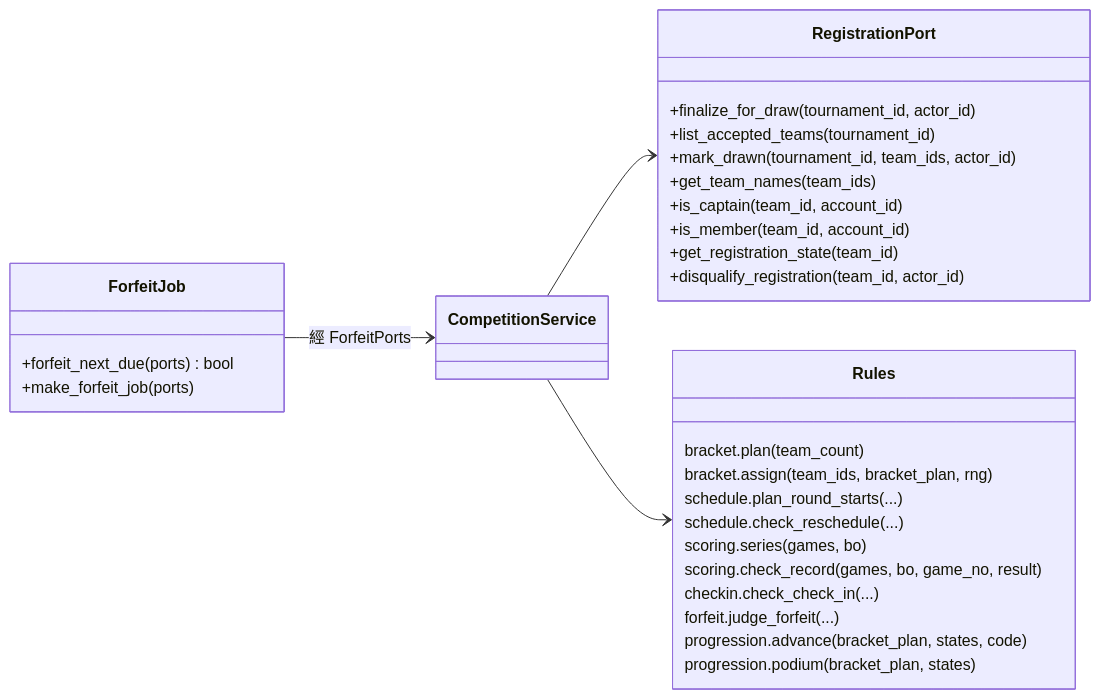
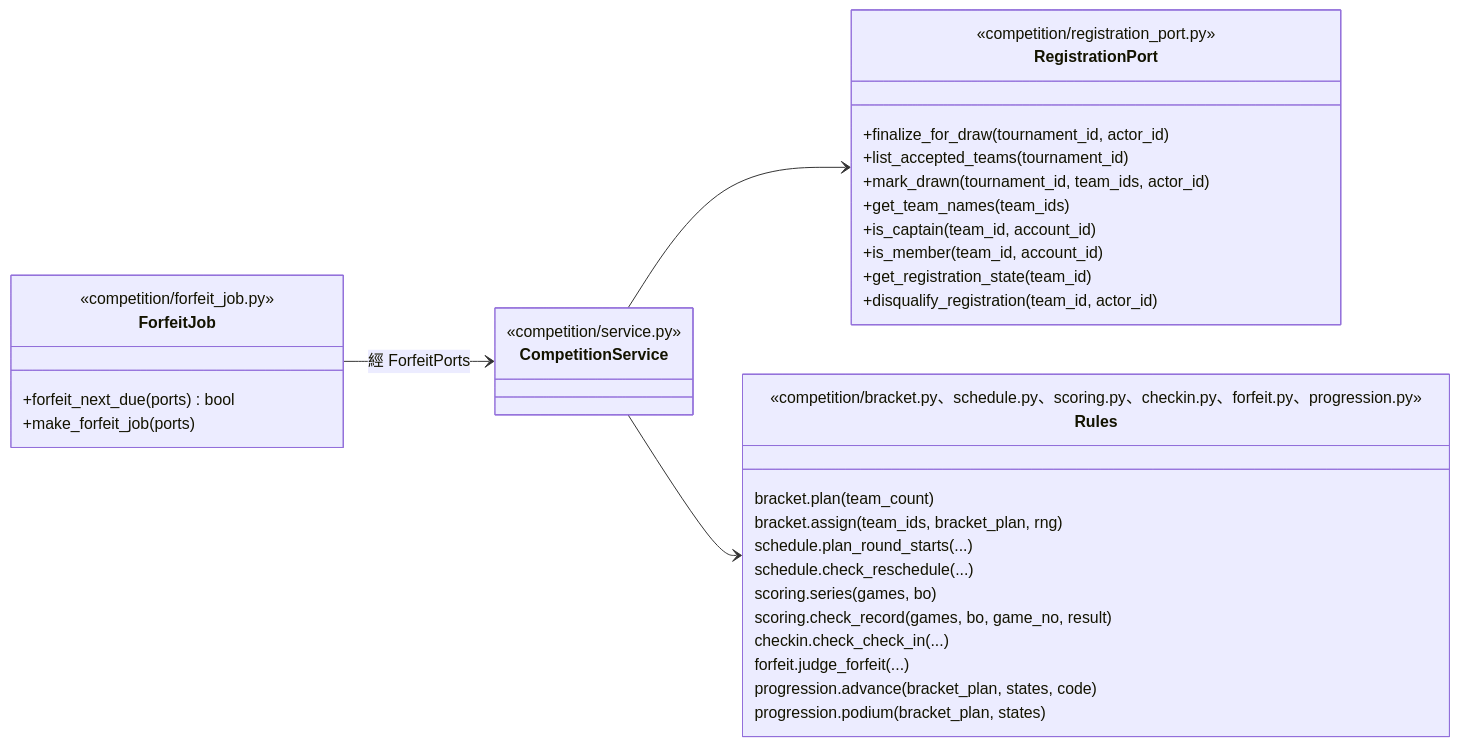
Before and after one commit to Team14good/esport-platform: diagram 12 of 15 in docs/midterm/D-物件設計文件.md, drawn with Mermaid. The commit also changed other lines of this file and 27 other files, not shown here.

First line of the commit message:
docs: B、C、D 其餘的圖全部對照程式標註 (#92)

````diff
--- a/docs/midterm/D-物件設計文件.md
+++ b/docs/midterm/D-物件設計文件.md
@@ -601,34 +641,39 @@
 ```mermaid
 classDiagram
   direction LR
-  class CompetitionService
+  class CompetitionService {
+    <<competition/service.py>>
+  }
   class ForfeitJob {
+    <<competition/forfeit_job.py>>
     +forfeit_next_due(ports) bool
     +make_forfeit_job(ports)
   }
   class RegistrationPort {
+    <<competition/registration_port.py>>
     +finalize_for_draw(tournament_id, actor_id)
     +list_accepted_teams(tournament_id)
     +mark_drawn(tournament_id, team_ids, actor_id)
     +get_team_names(team_ids)
     +is_captain(team_id, account_id)
     +is_member(team_id, account_id)
     +get_registration_state(team_id)
     +disqualify_registration(team_id, actor_id)
   }
   class Rules {
+    <<competition/bracket.py、schedule.py、scoring.py、checkin.py、forfeit.py、progression.py>>
     bracket.plan(team_count)
     bracket.assign(team_ids, bracket_plan, rng)
     schedule.plan_round_starts(...)
     schedule.check_reschedule(...)
     scoring.series(games, bo)
     scoring.check_record(games, bo, game_no, result)
     checkin.check_check_in(...)
     forfeit.judge_forfeit(...)
     progression.advance(bracket_plan, states, code)
     progression.podium(bracket_plan, states)
   }
   ForfeitJob --> CompetitionService : 經 ForfeitPorts
   CompetitionService --> RegistrationPort
   CompetitionService --> Rules
 ```
````
